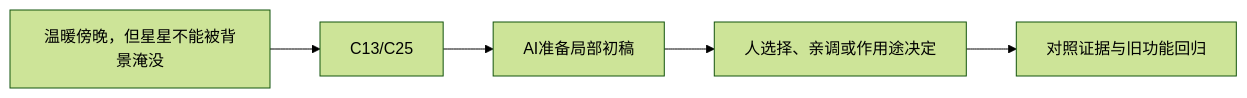
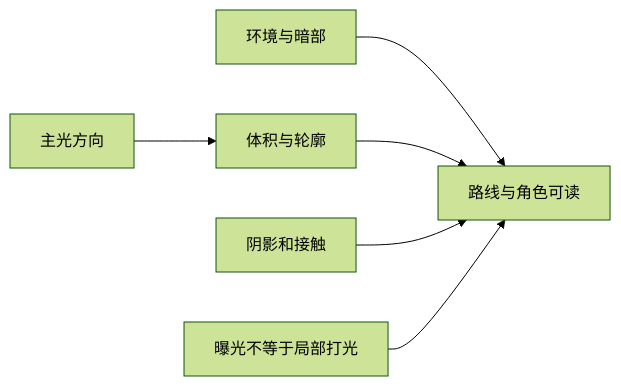
One commit to Zilur/ai-3d-game-learning changed the diagram in curriculum/lessons/B13.md. Above: the diagram before and after it, drawn with Mermaid (forest theme). The commit also changed other lines of this file and 164 other files, not shown here.

Commit message:
docs: publish 47 step-by-step AI lesson flows, world upgrade and optional training corner

````diff
--- a/curriculum/lessons/B13.md
+++ b/curriculum/lessons/B13.md
@@ -38,7 +35,8 @@
 ```mermaid
 flowchart LR
-  S["温暖傍晚，但星星不能被背景淹没"] --> K["C13/C25"]
-  K --> AI["AI准备局部初稿"]
-  AI --> H["人选择、亲调或作用途决定"]
-  H --> V["对照证据与旧功能回归"]
+ K["主光方向"] --> V["体积与轮廓"]
+ F["环境与暗部"] --> R["路线与角色可读"]
+ V --> R
+ S["阴影和接触"] --> R
+ E["曝光不等于局部打光"] --> R
 ```
````
